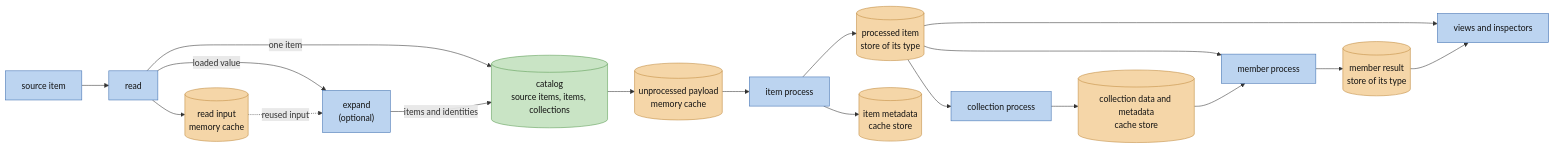
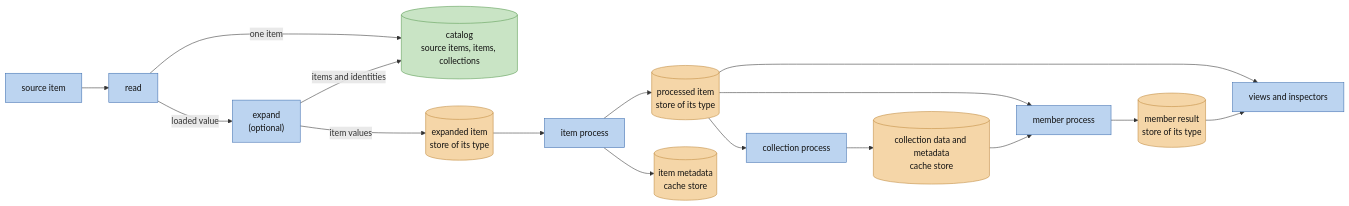
The second of 5 diagrams in docs/ARCHITECTURE.md (digiefel/DataBrowser), drawn with Mermaid before and after one commit. The commit also changed other lines of this file and 13 other files, not shown here.

First line of the commit message:
Keep expanded items in the store of their type; keep no read results

````diff
--- a/docs/ARCHITECTURE.md
+++ b/docs/ARCHITECTURE.md
@@ -112,42 +112,39 @@
 ```mermaid
 flowchart LR
     source["source item"]
     read["read"]
-    read_cache[("read input<br/>memory cache")]
     expand["expand<br/>(optional)"]
     index[("catalog<br/>source items, items, collections")]
-    unprocessed[("unprocessed payload<br/>memory cache")]
+    expanded[("expanded item<br/>store of its type")]
     item_process["item process"]
     processed[("processed item<br/>store of its type")]
     item_metadata[("item metadata<br/>cache store")]
     collection_process["collection process"]
     collection_payload[("collection data and metadata<br/>cache store")]
     member_process["member process"]
     member_payload[("member result<br/>store of its type")]
     views["views and inspectors"]
 
     source --> read
     read -->|"one item"| index
     read -->|"loaded value"| expand
-    read --> read_cache
-    read_cache -.->|"reused input"| expand
     expand -->|"items and identities"| index
-    index --> unprocessed
-    unprocessed --> item_process
+    expand -->|"item values"| expanded
+    expanded --> item_process
     item_process --> processed
     item_process --> item_metadata
     processed --> collection_process
     collection_process --> collection_payload
     processed --> member_process
     collection_payload --> member_process
     member_process --> member_payload
     processed --> views
     member_payload --> views
 
     classDef stage fill:#bcd4f0,stroke:#3f6fb0,color:#111
     classDef state fill:#f5d6a8,stroke:#c08a3f,color:#111
     classDef output fill:#c9e4c5,stroke:#5a9a52,color:#111
     class source,read,expand,item_process,collection_process,member_process,views stage
-    class read_cache,unprocessed,processed,item_metadata,collection_payload,member_payload state
+    class expanded,processed,item_metadata,collection_payload,member_payload state
     class index output
 ```
````
